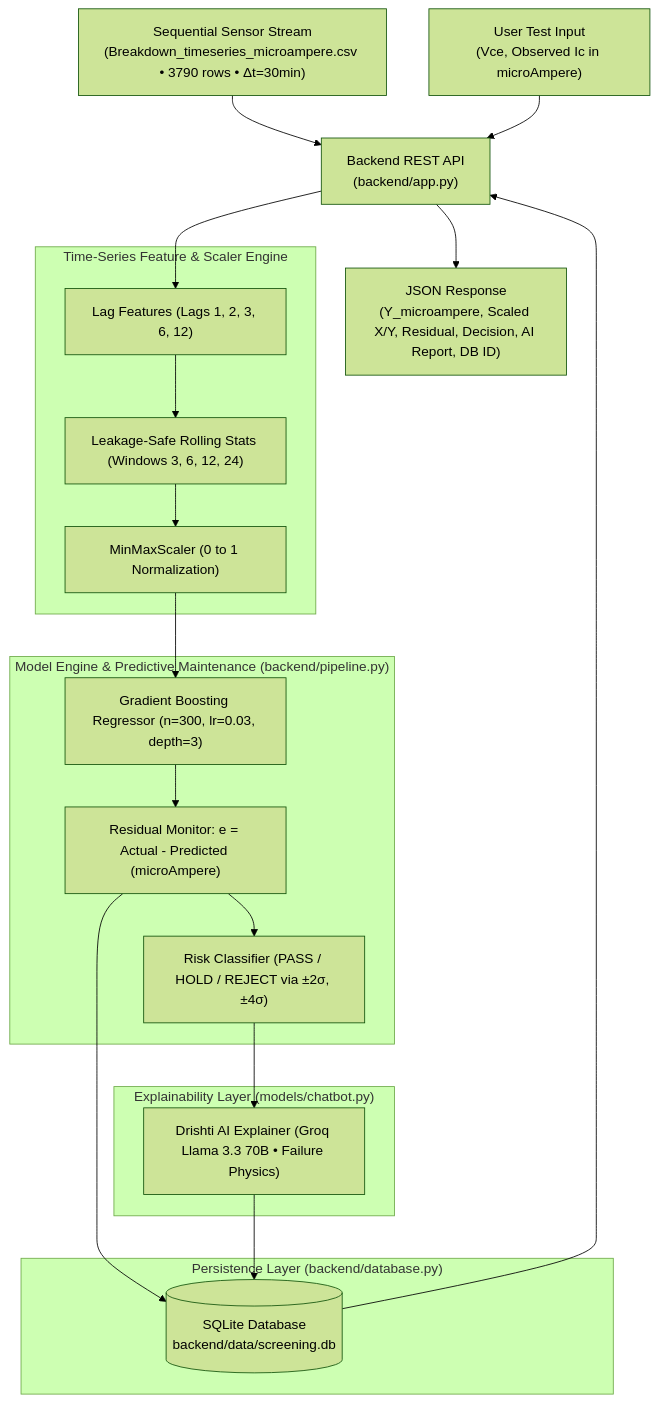
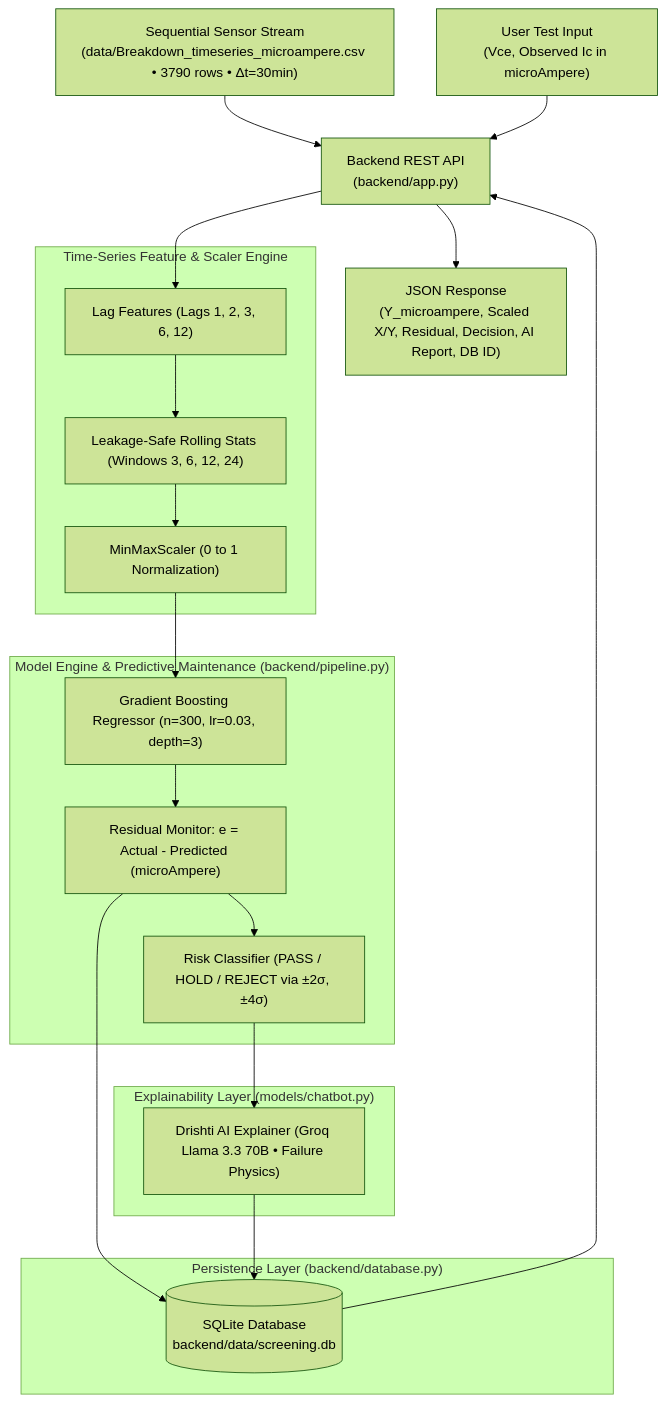
One commit to samarthhhb/drishti_sih2026 changed the diagram in backend/README.md. Above: the diagram before and after it, drawn with Mermaid (forest theme). The commit also changed 199 other files, not shown here.

````diff
--- a/backend/README.md
+++ b/backend/README.md
@@ -17,32 +17,32 @@
 ```mermaid
 flowchart TD
-    SensorStream["Sequential Sensor Stream\n(Breakdown_timeseries_microampere.csv • 3790 rows • Δt=30min)"] --> App["Backend REST API\n(backend/app.py)"]
+    SensorStream["Sequential Sensor Stream\n(data/Breakdown_timeseries_microampere.csv • 3790 rows • Δt=30min)"] --> App["Backend REST API\n(backend/app.py)"]
     UserInput["User Test Input\n(Vce, Observed Ic in microAmpere)"] --> App
 
     subgraph TimeSeriesModule ["Time-Series Feature & Scaler Engine"]
         Lags["Lag Features (Lags 1, 2, 3, 6, 12)"]
         Rolling["Leakage-Safe Rolling Stats (Windows 3, 6, 12, 24)"]
         Scaler["MinMaxScaler (0 to 1 Normalization)"]
     end
 
     subgraph CorePipeline ["Model Engine & Predictive Maintenance (backend/pipeline.py)"]
         GBR["Gradient Boosting Regressor (n=300, lr=0.03, depth=3)"]
         Residual["Residual Monitor: e = Actual - Predicted (microAmpere)"]
         Classifier["Risk Classifier (PASS / HOLD / REJECT via ±2σ, ±4σ)"]
     end
 
     subgraph AIExplainer ["Explainability Layer (models/chatbot.py)"]
         Bot["Drishti AI Explainer (Groq Llama 3.3 70B • Failure Physics)"]
     end
 
     subgraph Persistence ["Persistence Layer (backend/database.py)"]
         DB[(SQLite Database\nbackend/data/screening.db)]
     end
 
     App --> Lags --> Rolling --> Scaler --> GBR --> Residual --> Classifier
     Classifier --> Bot
     Residual --> DB
     Bot --> DB
     DB --> App
     App --> Response["JSON Response\n(Y_microampere, Scaled X/Y, Residual, Decision, AI Report, DB ID)"]
 ```
````
